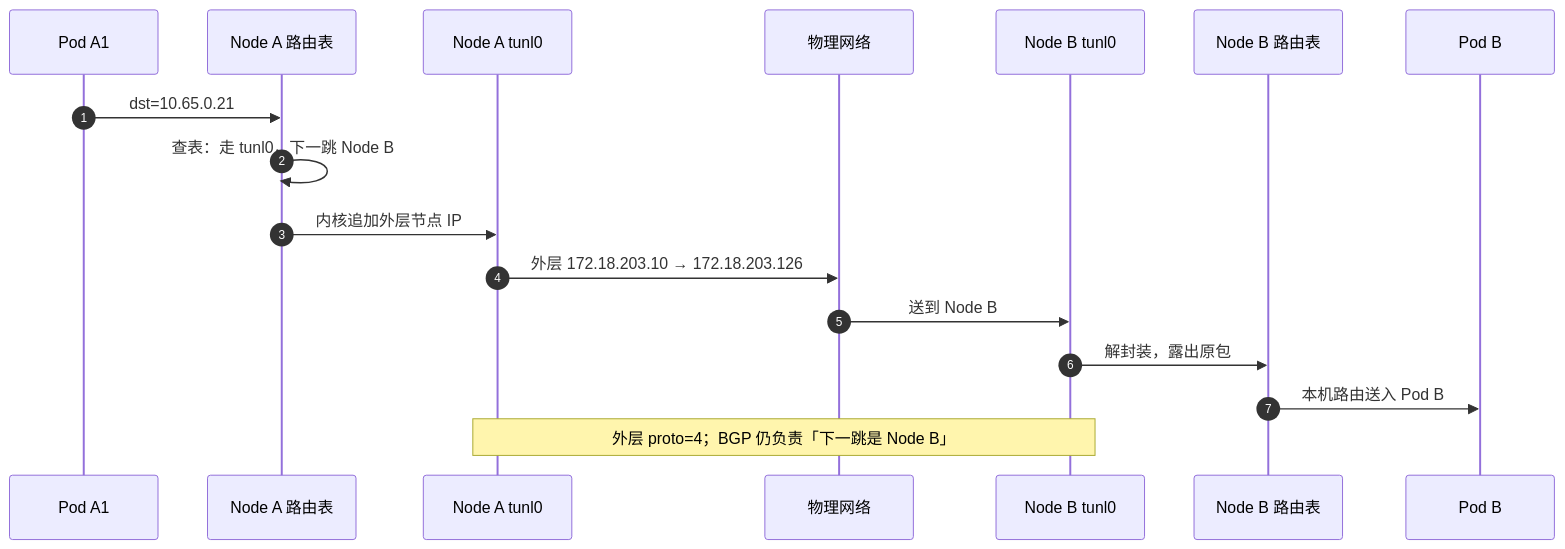
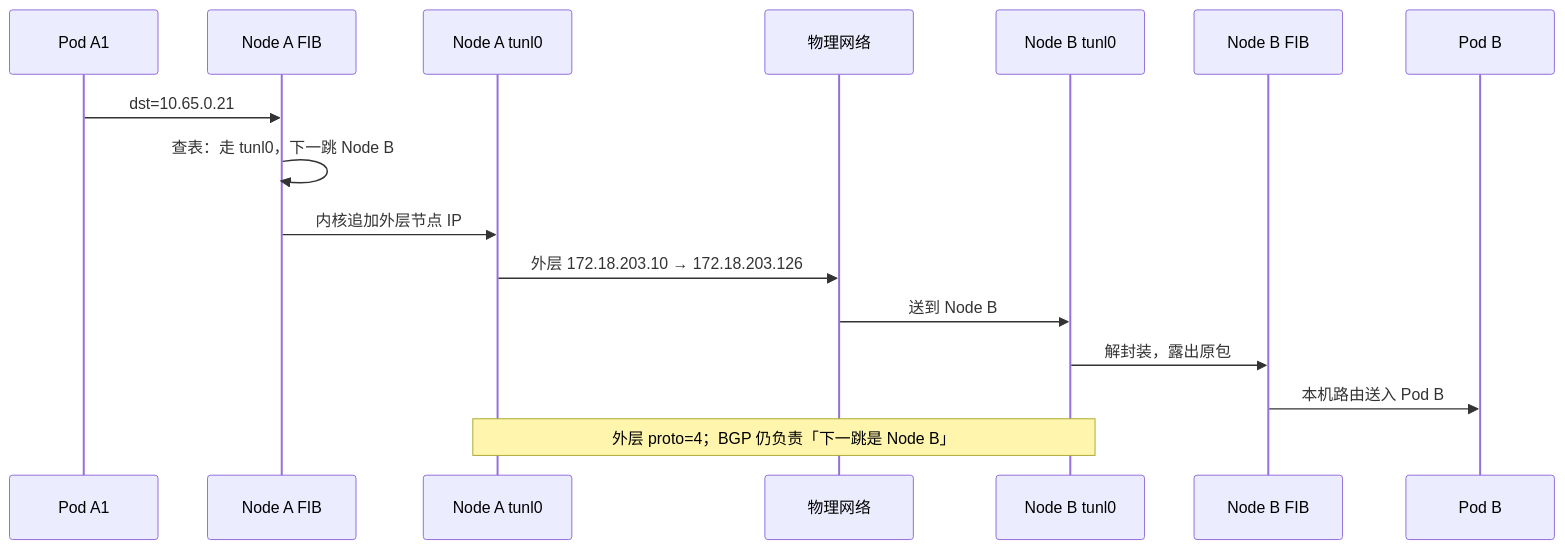
Before and after one commit to xiaxinyu/knowledge_base: the sixth of 7 diagrams in 20-architecture/24-calico-networking-treatise.md, drawn with Mermaid. The commit also changed other lines of this file and 1 other file, not shown here.

````diff
--- a/20-architecture/24-calico-networking-treatise.md
+++ b/20-architecture/24-calico-networking-treatise.md
@@ -300,20 +325,19 @@
 ```mermaid
 sequenceDiagram
-  autonumber
   participant A1 as Pod A1
-  participant NA as Node A 路由表
+  participant NA as Node A FIB
   participant T0 as Node A tunl0
   participant W as 物理网络
   participant T1 as Node B tunl0
-  participant NB as Node B 路由表
+  participant NB as Node B FIB
   participant B as Pod B
 
   A1->>NA: dst=10.65.0.21
   NA->>NA: 查表：走 tunl0，下一跳 Node B
   NA->>T0: 内核追加外层节点 IP
   T0->>W: 外层 172.18.203.10 → 172.18.203.126
   W->>T1: 送到 Node B
   T1->>NB: 解封装，露出原包
   NB->>B: 本机路由送入 Pod B
   Note over T0,T1: 外层 proto=4；BGP 仍负责「下一跳是 Node B」
 ```
````
